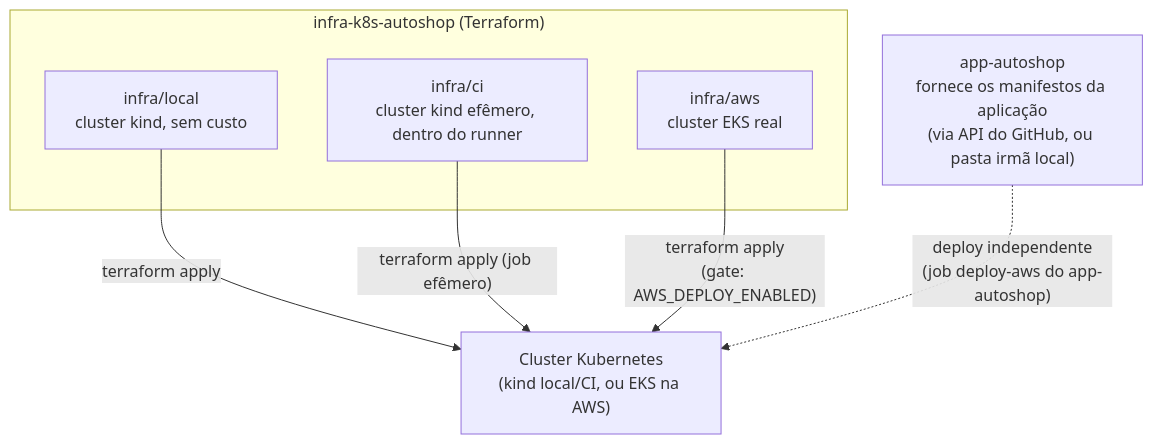
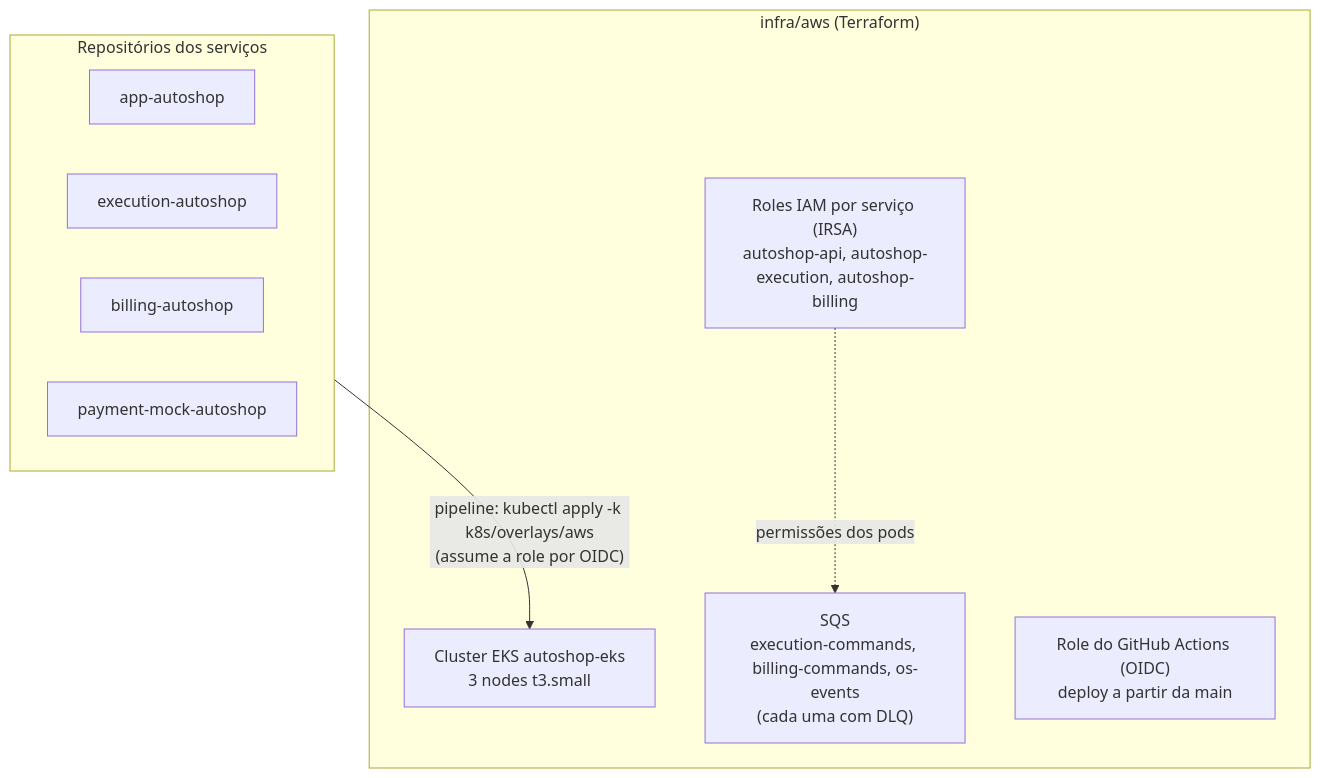
The diagram in README.md (Jackeline2020/infra-k8s-autoshop), drawn with Mermaid before and after one commit. The commit also changed other lines of this file and 9 other files, not shown here.

````diff
--- a/README.md
+++ b/README.md
@@ -27,16 +20,19 @@
 ```mermaid
 flowchart TB
-    subgraph InfraRepo["infra-k8s-autoshop (Terraform)"]
-        Local["infra/local<br/>cluster kind, sem custo"]
-        CI["infra/ci<br/>cluster kind efêmero, dentro do runner"]
-        AWS["infra/aws<br/>cluster EKS real"]
+    subgraph AWS["infra/aws (Terraform)"]
+        EKS["Cluster EKS autoshop-eks<br/>3 nodes t3.small"]
+        SQS["SQS<br/>execution-commands, billing-commands, os-events<br/>(cada uma com DLQ)"]
+        IRSA["Roles IAM por serviço (IRSA)<br/>autoshop-api, autoshop-execution, autoshop-billing"]
+        OIDC["Role do GitHub Actions (OIDC)<br/>deploy a partir da main"]
     end
 
-    Cluster["Cluster Kubernetes<br/>(kind local/CI, ou EKS na AWS)"]
-    AppRepo["app-autoshop<br/>fornece os manifestos da aplicação<br/>(via API do GitHub, ou pasta irmã local)"]
+    subgraph Servicos["Repositórios dos serviços"]
+        APP["app-autoshop"]
+        EXE["execution-autoshop"]
+        BIL["billing-autoshop"]
+        MOCK["payment-mock-autoshop"]
+    end
 
-    Local -->|"terraform apply"| Cluster
-    CI -->|"terraform apply (job efêmero)"| Cluster
-    AWS -->|"terraform apply<br/>(gate: AWS_DEPLOY_ENABLED)"| Cluster
-    AppRepo -.->|"deploy independente<br/>(job deploy-aws do app-autoshop)"| Cluster
+    Servicos -->|"pipeline: kubectl apply -k k8s/overlays/aws<br/>(assume a role por OIDC)"| EKS
+    IRSA -.->|"permissões dos pods"| SQS
 ```
````
